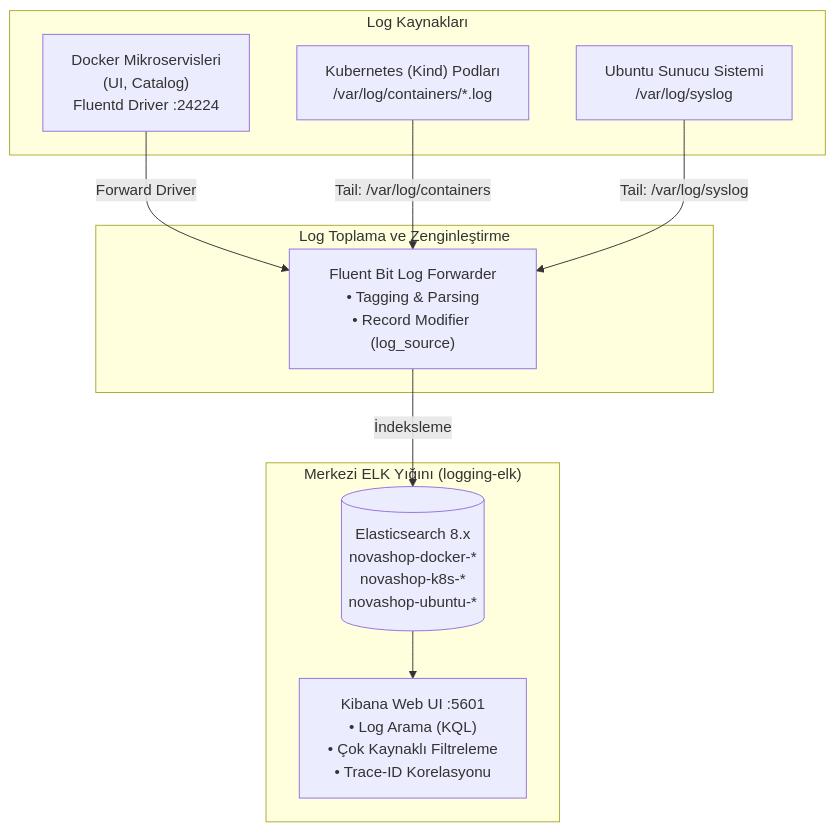
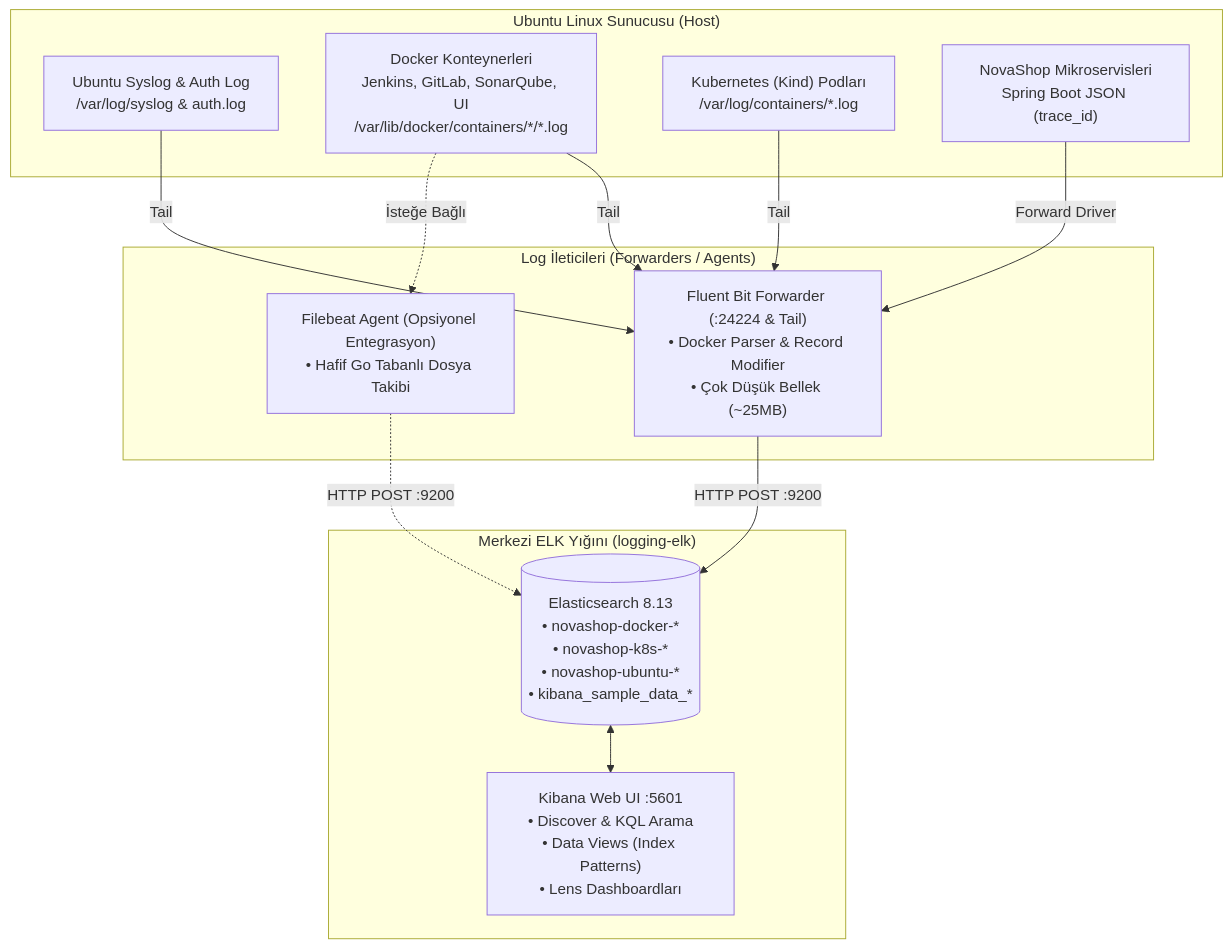
One commit to devopsatolyesi-labs/novashop changed the first of 2 diagrams in labs/LAB-11/README.md. Above: the diagram before and after it, drawn with Mermaid. The commit also changed other lines of this file and 6 other files, not shown here.

Commit message:
feat(observability): enhance LAB-10 & LAB-11 with step-by-step CLI/UI guides, sample data, and SRE chapters

````diff
--- a/labs/LAB-11/README.md
+++ b/labs/LAB-11/README.md
@@ -36,24 +38,29 @@
 ```mermaid
 graph TD
-    subgraph Log Kaynaklari ["Log Kaynakları"]
-        DockerApp["Docker Mikroservisleri<br/>(UI, Catalog)<br/>Fluentd Driver :24224"]
+    subgraph Ubuntu_Host ["Ubuntu Linux Sunucusu (Host)"]
+        Syslog["Ubuntu Syslog & Auth Log<br/>/var/log/syslog & auth.log"]
+        DockerAll["Docker Konteynerleri<br/>Jenkins, GitLab, SonarQube, UI<br/>/var/lib/docker/containers/*/*.log"]
         K8sPods["Kubernetes (Kind) Podları<br/>/var/log/containers/*.log"]
-        UbuntuHost["Ubuntu Sunucu Sistemi<br/>/var/log/syslog"]
+        AppMicro["NovaShop Mikroservisleri<br/>Spring Boot JSON (trace_id)"]
     end
 
-    subgraph Toplayici ["Log Toplama ve Zenginleştirme"]
-        FB["Fluent Bit Log Forwarder<br/>• Tagging & Parsing<br/>• Record Modifier (log_source)"]
+    subgraph Log_Toplayicilar ["Log İleticileri (Forwarders / Agents)"]
+        FB["Fluent Bit Forwarder (:24224 & Tail)<br/>• Docker Parser & Record Modifier<br/>• Çok Düşük Bellek (~25MB)"]
+        Filebeat["Filebeat Agent (Opsiyonel Entegrasyon)<br/>• Hafif Go Tabanlı Dosya Takibi"]
     end
 
     subgraph ELK_Stack ["Merkezi ELK Yığını (logging-elk)"]
-        ES[("Elasticsearch 8.x<br/>novashop-docker-*<br/>novashop-k8s-*<br/>novashop-ubuntu-*")]
-        Kibana["Kibana Web UI :5601<br/>• Log Arama (KQL)<br/>• Çok Kaynaklı Filtreleme<br/>• Trace-ID Korelasyonu"]
+        ES[("Elasticsearch 8.13<br/>• novashop-docker-*<br/>• novashop-k8s-*<br/>• novashop-ubuntu-*<br/>• kibana_sample_data_*")]
+        Kibana["Kibana Web UI :5601<br/>• Discover & KQL Arama<br/>• Data Views (Index Patterns)<br/>• Lens Dashboardları"]
     end
 
-    DockerApp -->|"Forward Driver"| FB
-    K8sPods -->|"Tail: /var/log/containers"| FB
-    UbuntuHost -->|"Tail: /var/log/syslog"| FB
+    Syslog -->|Tail| FB
+    DockerAll -->|Tail| FB
+    K8sPods -->|Tail| FB
+    AppMicro -->|Forward Driver| FB
+    DockerAll -.->|İsteğe Bağlı| Filebeat
 
-    FB -->|"İndeksleme"| ES
-    ES --> Kibana
+    FB -->|"HTTP POST :9200"| ES
+    Filebeat -.->|"HTTP POST :9200"| ES
+    ES <--> Kibana
 ```
````
